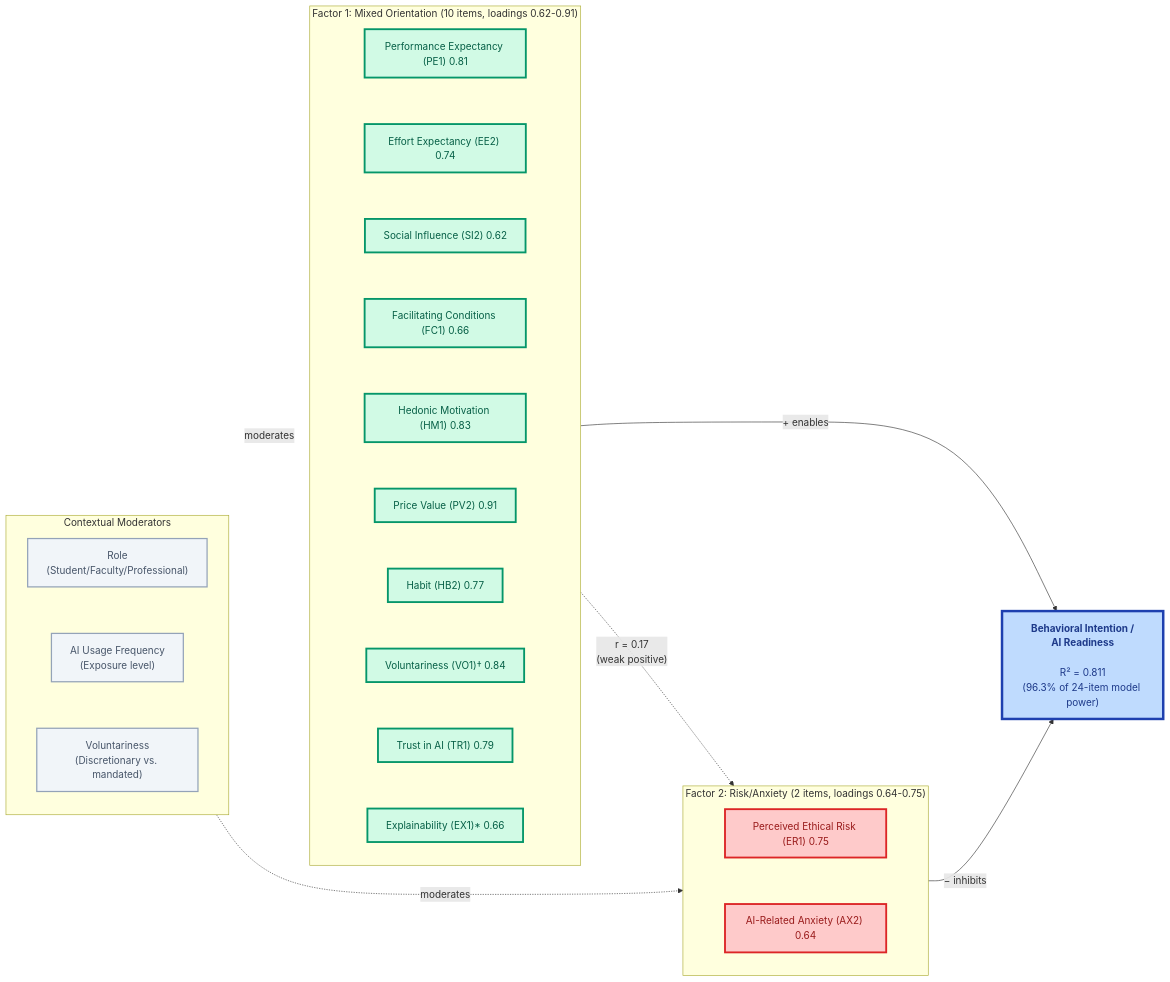
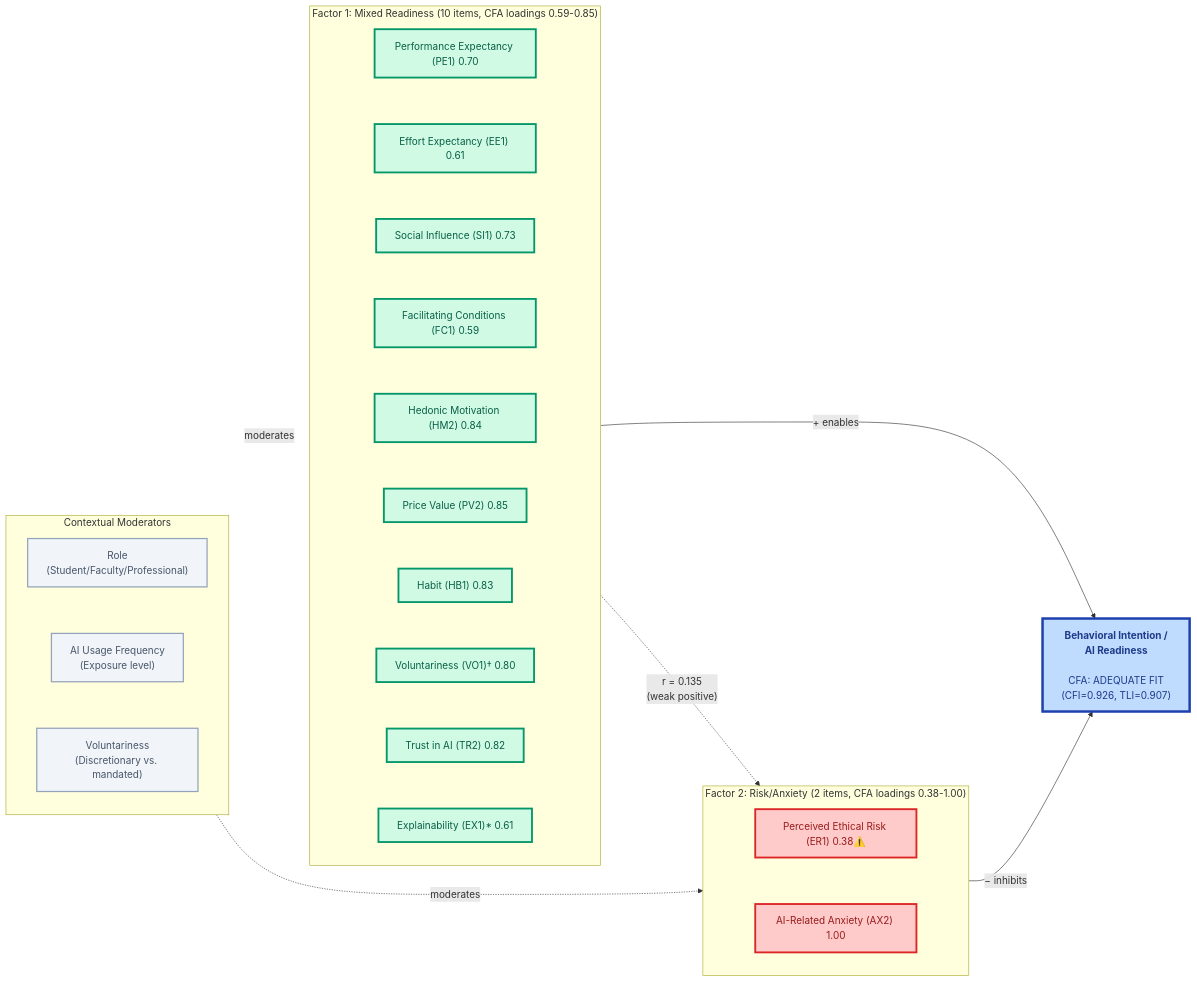
One commit to fabioc-aloha/AIRS_Data_Analysis changed the diagram in README.md. Above: the diagram before and after it, drawn with Mermaid. The commit also changed other lines of this file and 21 other files, not shown here.

````diff
--- a/README.md
+++ b/README.md
@@ -112,57 +134,57 @@
 ```mermaid
 graph LR
     %% Styling
     classDef facilitatorBox fill:#d1fae5,stroke:#059669,stroke-width:3px,color:#065f46
     classDef barrierBox fill:#fecaca,stroke:#dc2626,stroke-width:3px,color:#991b1b
     classDef outcomeBox fill:#bfdbfe,stroke:#1e40af,stroke-width:4px,color:#1e3a8a
     classDef moderatorBox fill:#f1f5f9,stroke:#94a3b8,stroke-width:2px,color:#475569
 
     %% Moderators (Left)
     subgraph MOD["Contextual Moderators"]
         M1["Role<br/>(Student/Faculty/Professional)"]
         M2["AI Usage Frequency<br/>(Exposure level)"]
         M3["Voluntariness<br/>(Discretionary vs. mandated)"]
         M1 --- M2 --- M3
     end
 
-    %% Factor 1: Mixed Orientation (Center-Top)
-    subgraph F1["Factor 1: Mixed Orientation (10 items, loadings 0.62-0.91)"]
-        PE1["Performance Expectancy (PE1) 0.81"]
-        EE2["Effort Expectancy (EE2) 0.74"]
-        SI2["Social Influence (SI2) 0.62"]
-        FC1["Facilitating Conditions (FC1) 0.66"]
-        HM1["Hedonic Motivation (HM1) 0.83"]
-        PV2["Price Value (PV2) 0.91"]
-        HB2["Habit (HB2) 0.77"]
-        VO1["Voluntariness (VO1)† 0.84"]
-        TR1["Trust in AI (TR1) 0.79"]
-        EX1["Explainability (EX1)* 0.66"]
-        PE1 --- EE2 --- SI2 --- FC1 --- HM1 --- PV2 --- HB2 --- VO1 --- TR1 --- EX1
+    %% Factor 1: Mixed Readiness (Center-Top)
+    subgraph F1["Factor 1: Mixed Readiness (10 items, CFA loadings 0.59-0.85)"]
+        PE1["Performance Expectancy (PE1) 0.70"]
+        EE1["Effort Expectancy (EE1) 0.61"]
+        SI1["Social Influence (SI1) 0.73"]
+        FC1["Facilitating Conditions (FC1) 0.59"]
+        HM2["Hedonic Motivation (HM2) 0.84"]
+        PV2["Price Value (PV2) 0.85"]
+        HB1["Habit (HB1) 0.83"]
+        VO1["Voluntariness (VO1)† 0.80"]
+        TR2["Trust in AI (TR2) 0.82"]
+        EX1["Explainability (EX1)* 0.61"]
+        PE1 --- EE1 --- SI1 --- FC1 --- HM2 --- PV2 --- HB1 --- VO1 --- TR2 --- EX1
     end
 
     %% Factor 2: Risk/Anxiety (Center-Bottom)
-    subgraph F2["Factor 2: Risk/Anxiety (2 items, loadings 0.64-0.75)"]
-        ER1["Perceived Ethical Risk (ER1) 0.75"]
-        AX2["AI-Related Anxiety (AX2) 0.64"]
+    subgraph F2["Factor 2: Risk/Anxiety (2 items, CFA loadings 0.38-1.00)"]
+        ER1["Perceived Ethical Risk (ER1) 0.38⚠️"]
+        AX2["AI-Related Anxiety (AX2) 1.00"]
         ER1 --- AX2
     end
 
     %% Outcome (Right)
-    BI["<b>Behavioral Intention /<br/>AI Readiness</b><br/><br/>R² = 0.811<br/>(96.3% of 24-item model power)"]
+    BI["<b>Behavioral Intention /<br/>AI Readiness</b><br/><br/>CFA: ADEQUATE FIT<br/>(CFI=0.926, TLI=0.907)"]
 
     %% Relationships
     MOD -.->|"moderates"| F1
     MOD -.->|"moderates"| F2
     F1 -->|"+ enables"| BI
     F2 -->|"− inhibits"| BI
-    F1 -.->|"r = 0.17<br/>(weak positive)"| F2
+    F1 -.->|"r = 0.135<br/>(weak positive)"| F2
 
     %% Apply styles
-    class PE1,EE2,SI2,FC1,HM1,PV2,HB2,VO1,TR1,EX1 facilitatorBox
+    class PE1,EE1,SI1,FC1,HM2,PV2,HB1,VO1,TR2,EX1 facilitatorBox
     class ER1,AX2 barrierBox
     class BI outcomeBox
     class M1,M2,M3 moderatorBox
 
     %% Hide internal connections
     linkStyle 0,1,2,3,4,5,6,7,8,9,10,11,12 stroke:none
 ```
````
